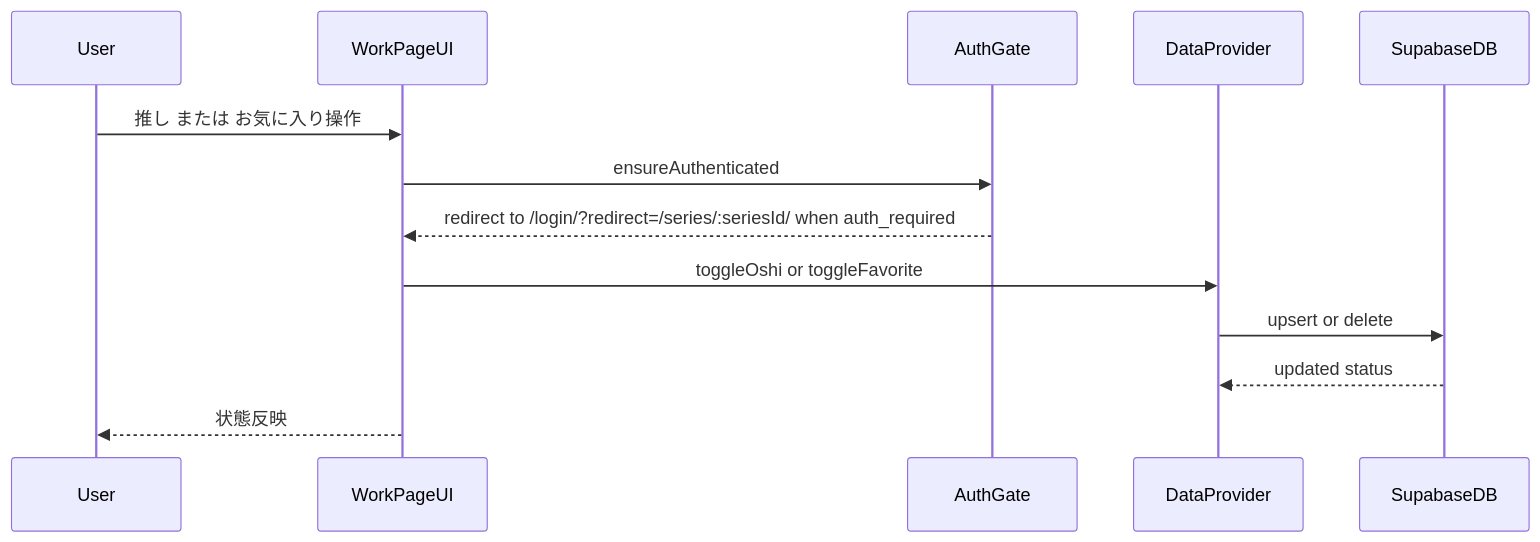
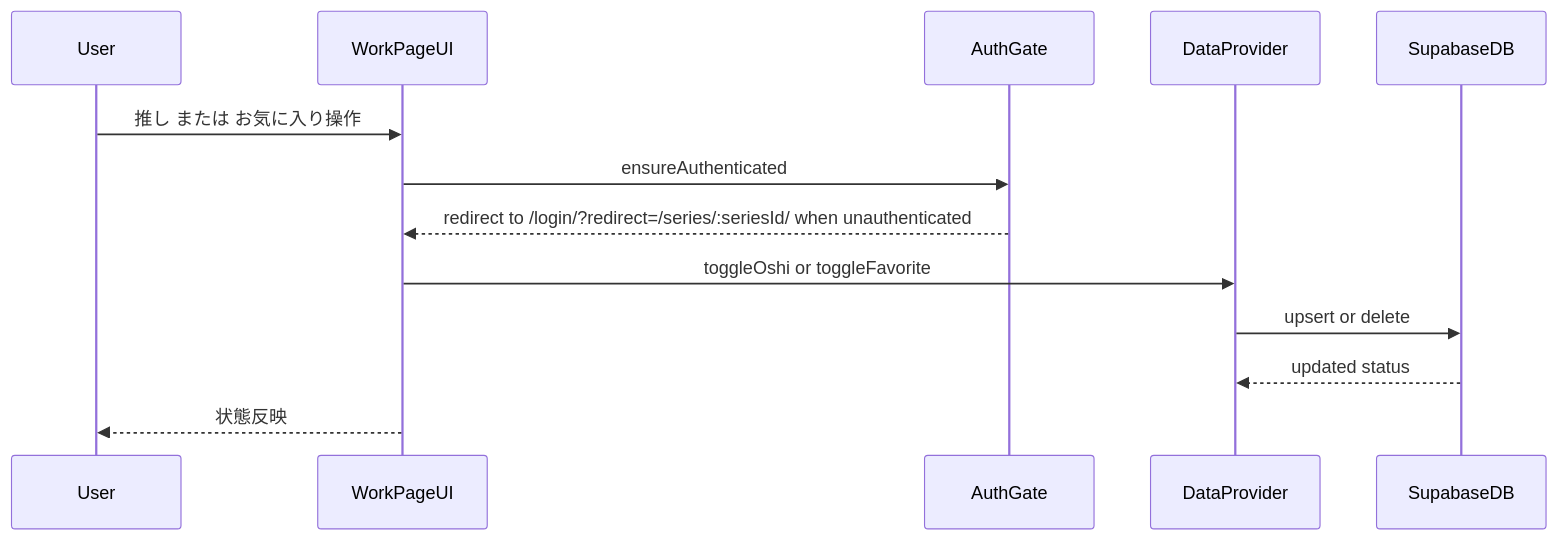
One commit to arinko39140/mangadouga changed the third of 5 diagrams in .kiro/specs/work-page-playback-episode-list/design.md. Above: the diagram before and after it, drawn with Mermaid. The commit also changed other lines of this file, not shown here.

Commit message:
Update design for auth and movie.update immutability

````diff
--- a/.kiro/specs/work-page-playback-episode-list/design.md
+++ b/.kiro/specs/work-page-playback-episode-list/design.md
@@ -77,15 +77,15 @@
 ```mermaid
 sequenceDiagram
     participant User
     participant WorkPageUI
     participant AuthGate
     participant DataProvider
     participant SupabaseDB
     User ->> WorkPageUI: 推し または お気に入り操作
     WorkPageUI ->> AuthGate: ensureAuthenticated
-    AuthGate -->> WorkPageUI: redirect to /login/?redirect=/series/:seriesId/ when auth_required
+    AuthGate -->> WorkPageUI: redirect to /login/?redirect=/series/:seriesId/ when unauthenticated
     WorkPageUI ->> DataProvider: toggleOshi or toggleFavorite
     DataProvider ->> SupabaseDB: upsert or delete
     SupabaseDB -->> DataProvider: updated status
     WorkPageUI -->> User: 状態反映
 ```
````
